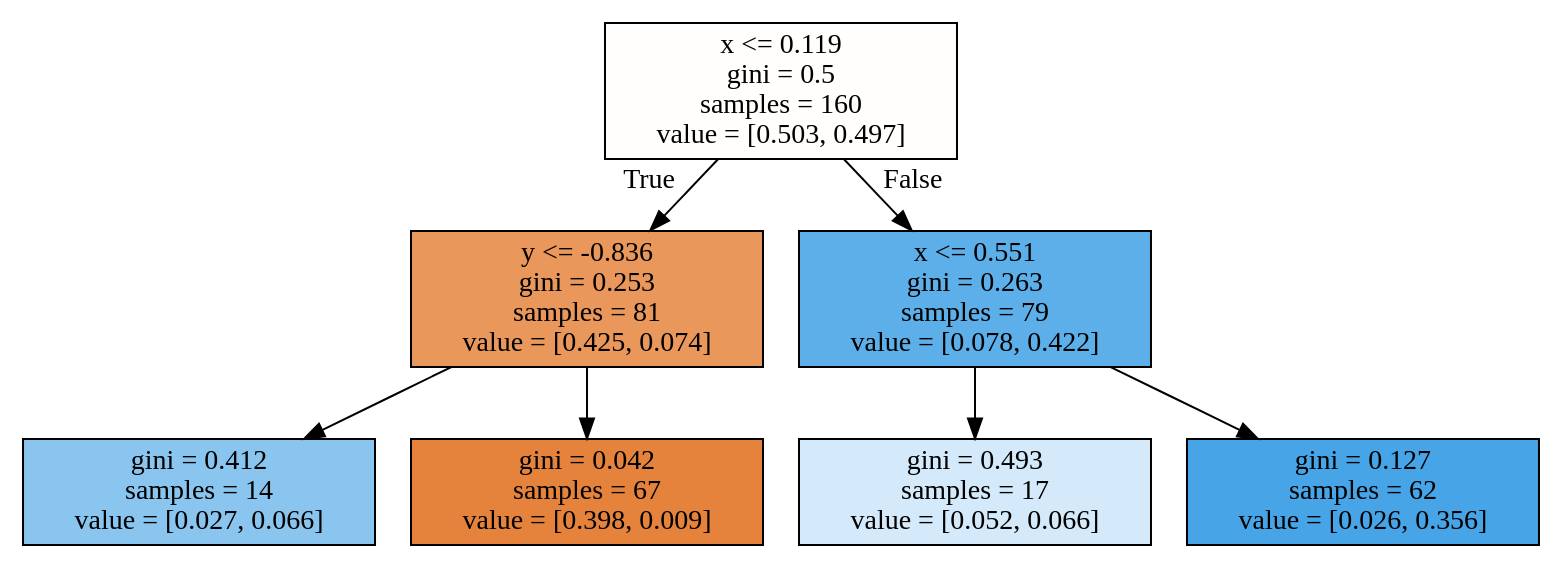
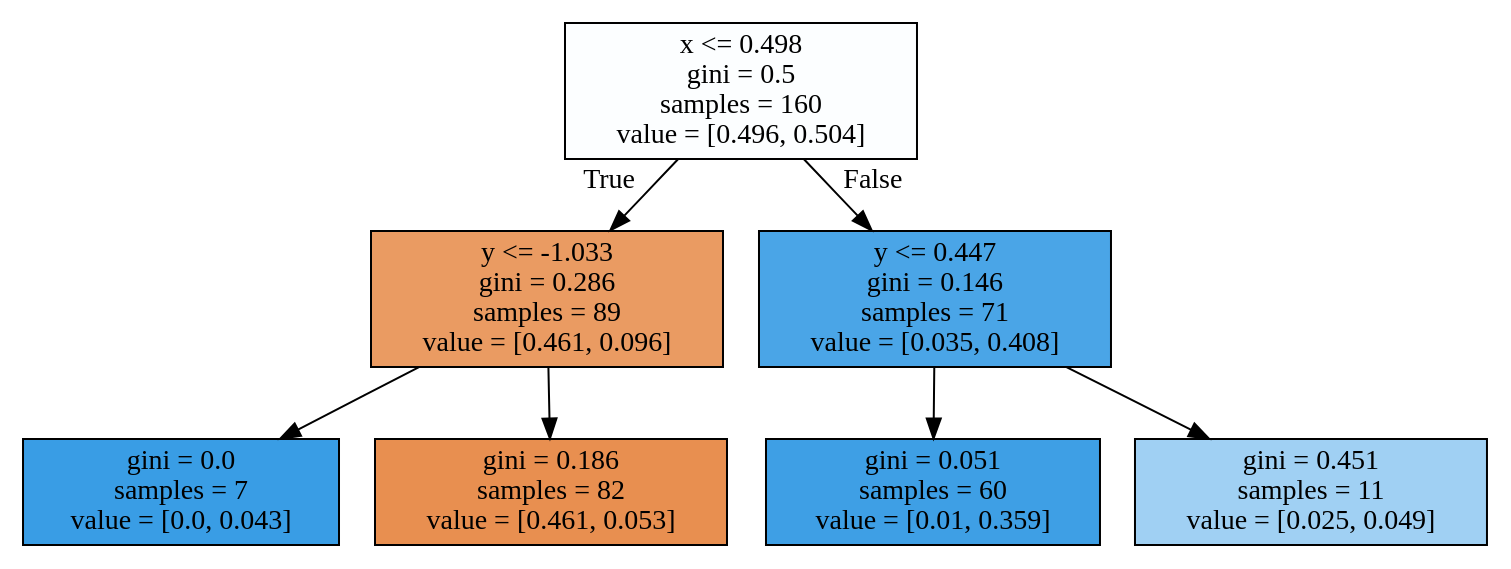
The diagram in BDT/bdt_dt1.dot (denglert/machine-learning-sandbox), drawn with Graphviz before and after one commit. The commit also changed 6 other files, not shown here.

```diff
--- a/BDT/bdt_dt1.dot
+++ b/BDT/bdt_dt1.dot
@@ -1,16 +1,16 @@
 digraph Tree {
 node [shape=box, style="filled", color="black"] ;
-0 [label="x <= 0.119\ngini = 0.5\nsamples = 160\nvalue = [0.503, 0.497]", fillcolor="#e5813903"] ;
-1 [label="y <= -0.836\ngini = 0.253\nsamples = 81\nvalue = [0.425, 0.074]", fillcolor="#e58139d2"] ;
+0 [label="x <= 0.498\ngini = 0.5\nsamples = 160\nvalue = [0.496, 0.504]", fillcolor="#399de504"] ;
+1 [label="y <= -1.033\ngini = 0.286\nsamples = 89\nvalue = [0.461, 0.096]", fillcolor="#e58139ca"] ;
 0 -> 1 [labeldistance=2.5, labelangle=45, headlabel="True"] ;
-2 [label="gini = 0.412\nsamples = 14\nvalue = [0.027, 0.066]", fillcolor="#399de597"] ;
+2 [label="gini = 0.0\nsamples = 7\nvalue = [0.0, 0.043]", fillcolor="#399de5ff"] ;
 1 -> 2 ;
-3 [label="gini = 0.042\nsamples = 67\nvalue = [0.398, 0.009]", fillcolor="#e58139f9"] ;
+3 [label="gini = 0.186\nsamples = 82\nvalue = [0.461, 0.053]", fillcolor="#e58139e1"] ;
 1 -> 3 ;
-4 [label="x <= 0.551\ngini = 0.263\nsamples = 79\nvalue = [0.078, 0.422]", fillcolor="#399de5d0"] ;
+4 [label="y <= 0.447\ngini = 0.146\nsamples = 71\nvalue = [0.035, 0.408]", fillcolor="#399de5e9"] ;
 0 -> 4 [labeldistance=2.5, labelangle=-45, headlabel="False"] ;
-5 [label="gini = 0.493\nsamples = 17\nvalue = [0.052, 0.066]", fillcolor="#399de537"] ;
+5 [label="gini = 0.051\nsamples = 60\nvalue = [0.01, 0.359]", fillcolor="#399de5f8"] ;
 4 -> 5 ;
-6 [label="gini = 0.127\nsamples = 62\nvalue = [0.026, 0.356]", fillcolor="#399de5ec"] ;
+6 [label="gini = 0.451\nsamples = 11\nvalue = [0.025, 0.049]", fillcolor="#399de57a"] ;
 4 -> 6 ;
 }
```
